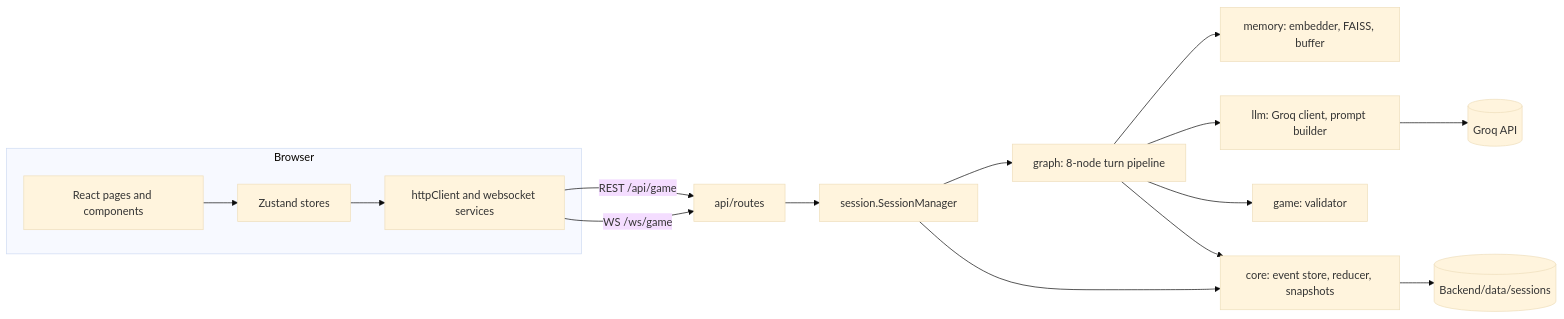
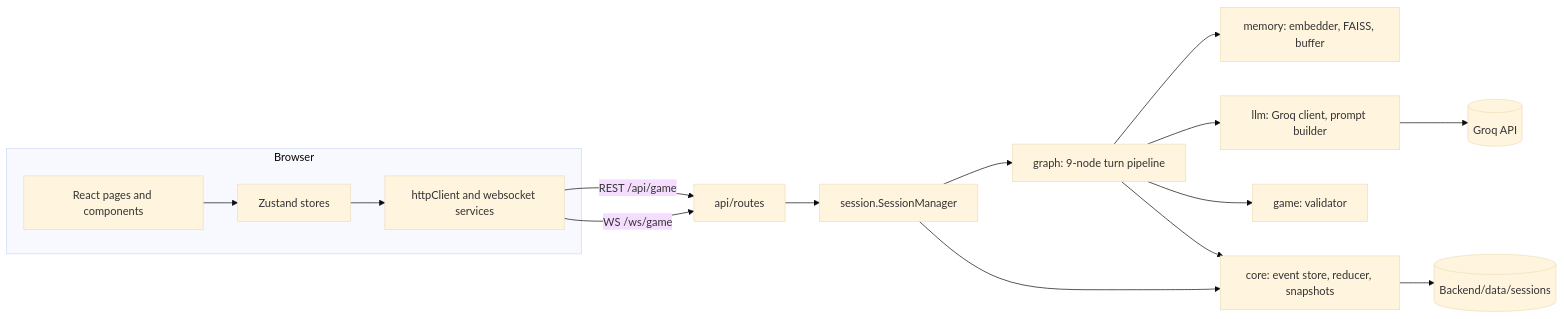
The diagram in ARCHITECTURE.md (parthmital/RAG-Driven-NPC-Narrative-Engine), drawn with Mermaid (base theme) before and after one commit. The commit also changed other lines of this file and 27 other files, not shown here.

````diff
--- a/ARCHITECTURE.md
+++ b/ARCHITECTURE.md
@@ -17,18 +20,18 @@
 ```mermaid
 flowchart LR
   subgraph Browser
     UI[React pages and components] --> Store[Zustand stores]
     Store --> Services[httpClient and websocket services]
   end
   Services -->|REST /api/game| Routes[api/routes]
   Services -->|WS /ws/game| Routes
   Routes --> Manager[session.SessionManager]
-  Manager --> Graph[graph: 8-node turn pipeline]
+  Manager --> Graph[graph: 9-node turn pipeline]
   Graph --> Memory[memory: embedder, FAISS, buffer]
   Graph --> LLM[llm: Groq client, prompt builder]
   Graph --> Game[game: validator]
   Graph --> Core[core: event store, reducer, snapshots]
   Manager --> Core
   LLM --> Groq[(Groq API)]
   Core --> Disk[(Backend/data/sessions)]
 ```
````
